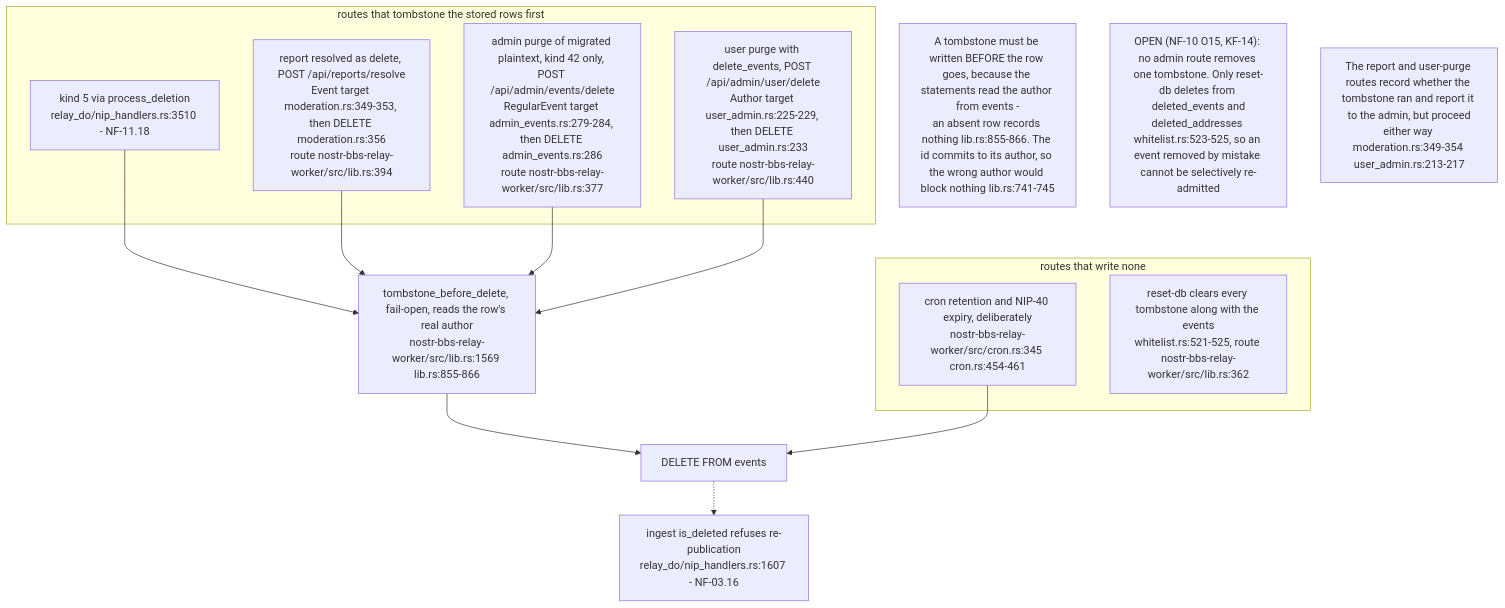
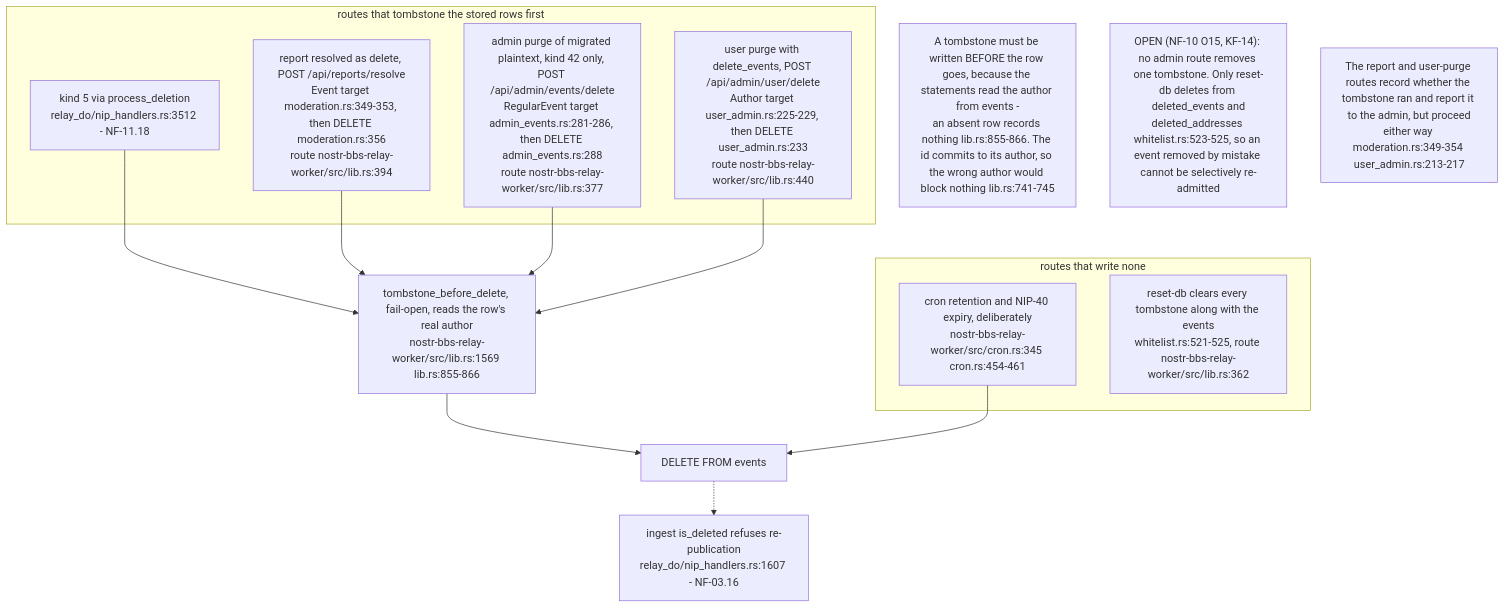
Diagram 18 of 18 in docs/diagrams/nostr-rust-forum/11-relay-durable-object-internals.md (DreamLab-AI/VisionFlow), drawn with Mermaid before and after one commit. The commit also changed other lines of this file and 11 other files, not shown here.

````diff
--- a/docs/diagrams/nostr-rust-forum/11-relay-durable-object-internals.md
+++ b/docs/diagrams/nostr-rust-forum/11-relay-durable-object-internals.md
@@ -575,24 +575,24 @@
 ```mermaid
 flowchart TB
     subgraph W ["routes that tombstone the stored rows first"]
-        R1["kind 5 via process_deletion<br/>relay_do/nip_handlers.rs:3510 - NF-11.18"]
+        R1["kind 5 via process_deletion<br/>relay_do/nip_handlers.rs:3512 - NF-11.18"]
         R2["report resolved as delete, POST /api/reports/resolve<br/>Event target moderation.rs:349-353, then DELETE moderation.rs:356<br/>route nostr-bbs-relay-worker/src/lib.rs:394"]
-        R3["admin purge of migrated plaintext, kind 42 only, POST /api/admin/events/delete<br/>RegularEvent target admin_events.rs:279-284, then DELETE admin_events.rs:286<br/>route nostr-bbs-relay-worker/src/lib.rs:377"]
+        R3["admin purge of migrated plaintext, kind 42 only, POST /api/admin/events/delete<br/>RegularEvent target admin_events.rs:281-286, then DELETE admin_events.rs:288<br/>route nostr-bbs-relay-worker/src/lib.rs:377"]
         R4["user purge with delete_events, POST /api/admin/user/delete<br/>Author target user_admin.rs:225-229, then DELETE user_admin.rs:233<br/>route nostr-bbs-relay-worker/src/lib.rs:440"]
     end
     TB["tombstone_before_delete, fail-open, reads the row's real author<br/>nostr-bbs-relay-worker/src/lib.rs:1569 lib.rs:855-866"]
     DEL["DELETE FROM events"]
     subgraph N ["routes that write none"]
         C1["cron retention and NIP-40 expiry, deliberately<br/>nostr-bbs-relay-worker/src/cron.rs:345 cron.rs:454-461"]
         C2["reset-db clears every tombstone along with the events<br/>whitelist.rs:521-525, route nostr-bbs-relay-worker/src/lib.rs:362"]
     end
     ING["ingest is_deleted refuses re-publication<br/>relay_do/nip_handlers.rs:1607 - NF-03.16"]
 
     R1 & R2 & R3 & R4 --> TB --> DEL
     DEL -.-> ING
     C1 --> DEL
 
     N1["A tombstone must be written BEFORE the row goes, because the statements read the author from events -<br/>an absent row records nothing lib.rs:855-866. The id commits to its author, so the wrong author would block nothing lib.rs:741-745"]
     N2["OPEN (NF-10 O15, KF-14): no admin route removes one tombstone. Only reset-db deletes from deleted_events and<br/>deleted_addresses whitelist.rs:523-525, so an event removed by mistake cannot be selectively re-admitted"]
     N3["The report and user-purge routes record whether the tombstone ran and report it to the admin, but proceed<br/>either way moderation.rs:349-354 user_admin.rs:213-217"]
 ```
````
